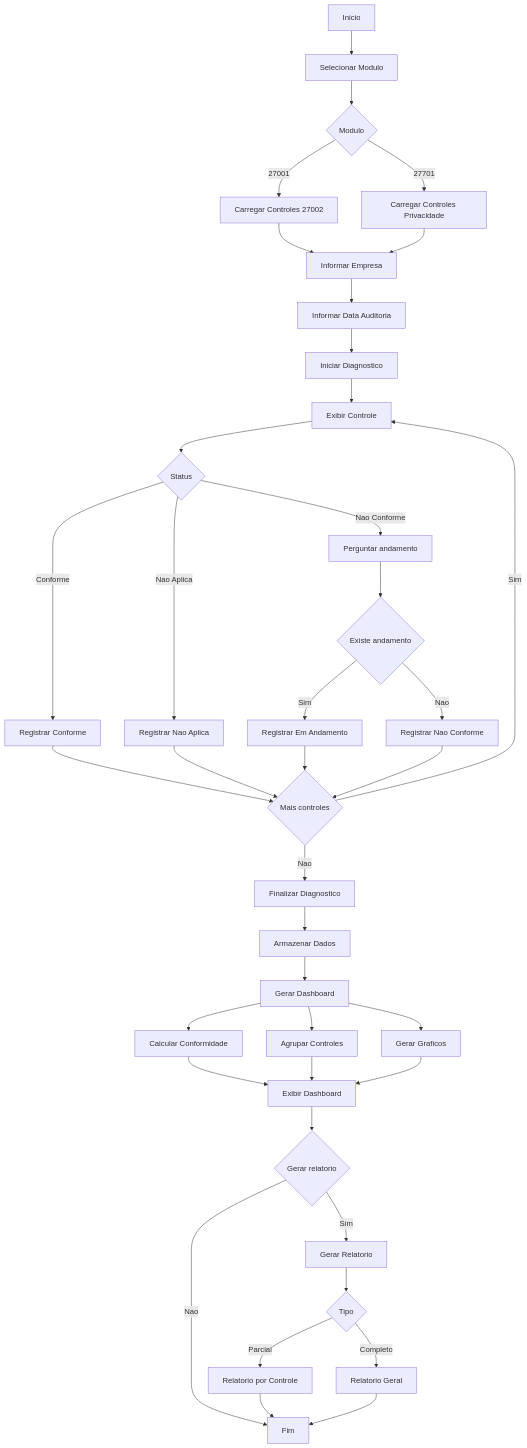
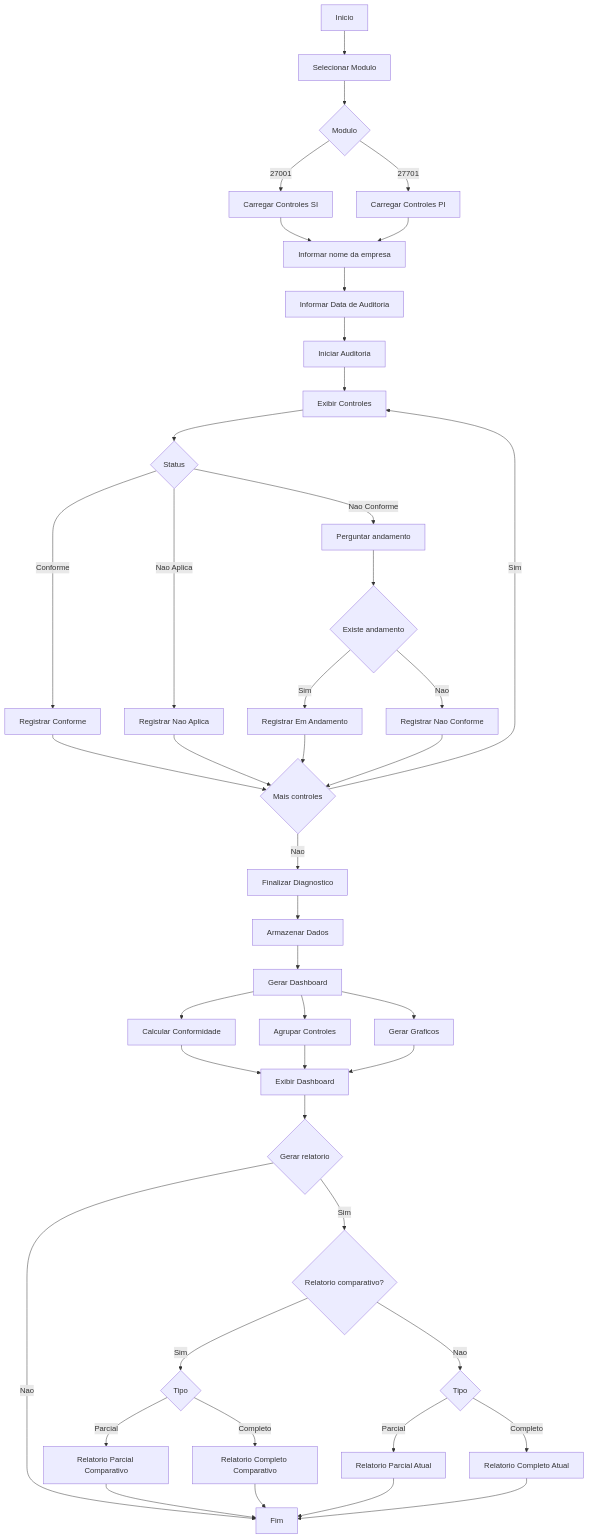
One commit to mehranmisaghi/cybersecurity changed the diagram in projetos/PSI.md. Above: the diagram before and after it, drawn with Mermaid. The commit also changed 1 other file, not shown here.

Commit message:
corrected and moved files

````diff
--- a/projetos/PSI.md
+++ b/projetos/PSI.md
@@ -17,63 +17,69 @@
 ```mermaid
 flowchart TD
 
     A[Inicio] --> B[Selecionar Modulo]
 
     B --> C{Modulo}
 
-    C -->|27001| D[Carregar Controles 27002]
-    C -->|27701| E[Carregar Controles Privacidade]
+    C -->|27001| D[Carregar Controles SI]
+    C -->|27701| E[Carregar Controles PI]
 
-    D --> F[Informar Empresa]
+    D --> F[Informar nome da empresa]
     E --> F
 
-    F --> G[Informar Data Auditoria]
+    F --> G[Informar Data de Auditoria]
 
-    G --> H[Iniciar Diagnostico]
+    G --> H[Iniciar Auditoria]
 
-    H --> I[Exibir Controle]
+    H --> I[Exibir Controles]
 
     I --> J{Status}
 
     J -->|Conforme| K[Registrar Conforme]
     J -->|Nao Conforme| L[Perguntar andamento]
     J -->|Nao Aplica| M[Registrar Nao Aplica]
 
     L --> N{Existe andamento}
 
     N -->|Sim| O[Registrar Em Andamento]
     N -->|Nao| P[Registrar Nao Conforme]
 
     K --> Q{Mais controles}
     M --> Q
     O --> Q
     P --> Q
 
     Q -->|Sim| I
     Q -->|Nao| R[Finalizar Diagnostico]
 
     R --> S[Armazenar Dados]
 
     S --> T[Gerar Dashboard]
 
     T --> U[Calcular Conformidade]
     T --> V[Agrupar Controles]
     T --> W[Gerar Graficos]
 
     U --> X[Exibir Dashboard]
     V --> X
     W --> X
 
     X --> Y{Gerar relatorio}
 
-    Y -->|Sim| Z[Gerar Relatorio]
-    Y -->|Nao| AA[Fim]
+    Y -->|Sim| Z{Relatorio comparativo?}
+    Y -->|Nao| AF[Fim]
 
-    Z --> AB{Tipo}
+    Z -->|Sim| AA{Tipo}
+    Z -->|Nao| AB{Tipo}
 
-    AB -->|Parcial| AC[Relatorio por Controle]
-    AB -->|Completo| AD[Relatorio Geral]
+    AA -->|Parcial| AC[Relatorio Parcial Comparativo]
+    AA -->|Completo| AD[Relatorio Completo Comparativo]
 
-    AC --> AA
-    AD --> AA
+    AB -->|Parcial| AE[Relatorio Parcial Atual]
+    AB -->|Completo| AG[Relatorio Completo Atual]
+
+    AC --> AF
+    AD --> AF
+    AE --> AF
+    AG --> AF
 ```
````
